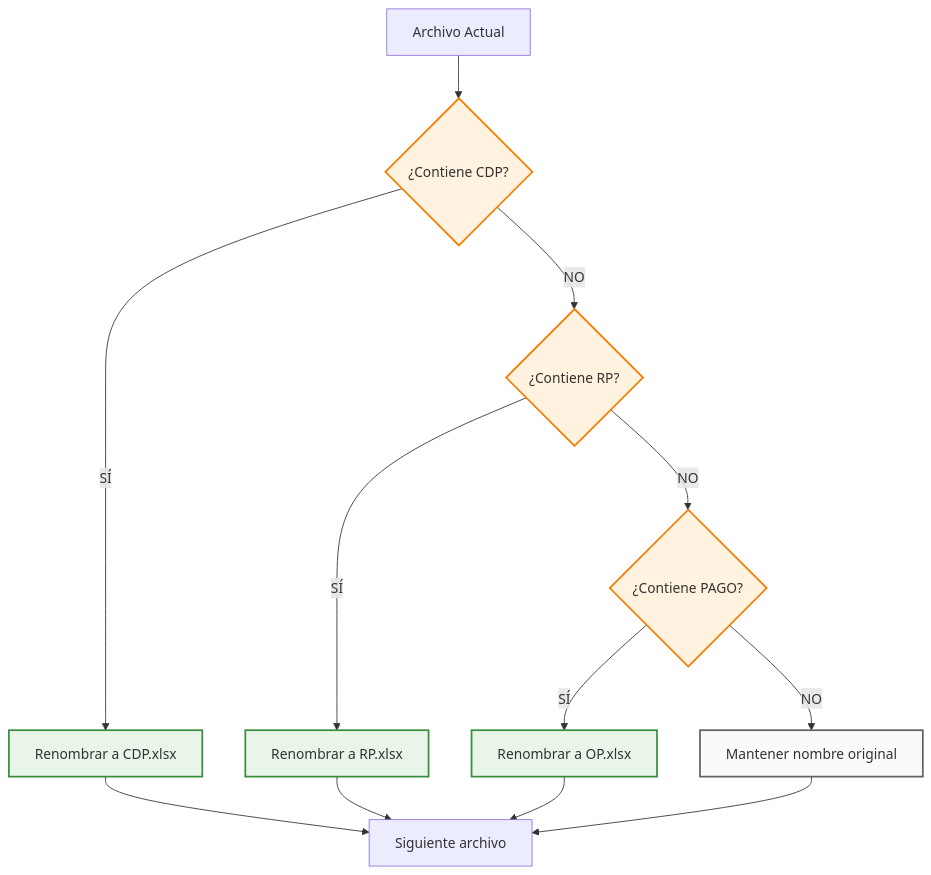
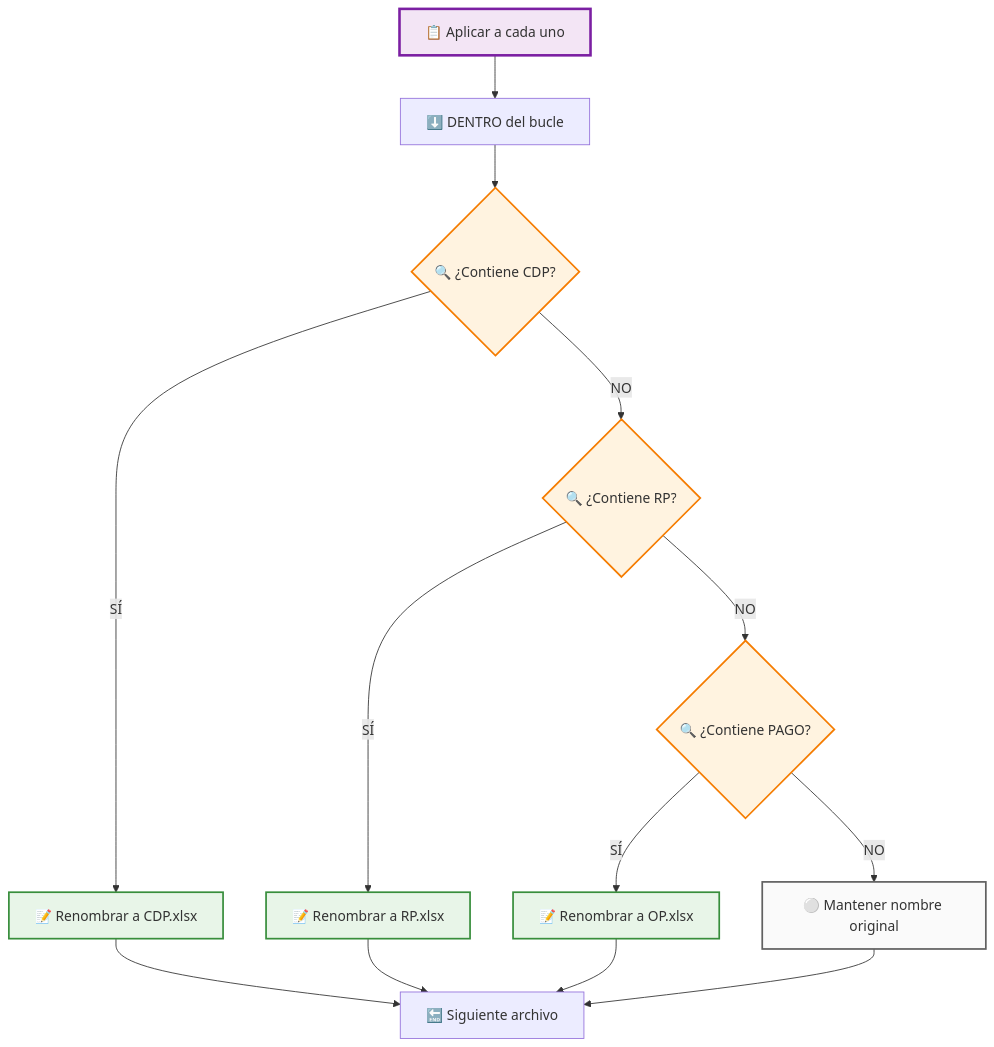
The fifth of 6 diagrams in flujo_presupuesto/diagrama_flujo_power_automate.md (melqui16rv/automatizaciones), drawn with Mermaid before and after one commit. The commit also changed other lines of this file, not shown here.

Commit message:
explicación flujo presupuesto - validación y cambio de nombre de los archivos -8

````diff
--- a/flujo_presupuesto/diagrama_flujo_power_automate.md
+++ b/flujo_presupuesto/diagrama_flujo_power_automate.md
@@ -138,23 +140,26 @@
 ```mermaid
 graph TD
-    A[Archivo Actual] --> B{¿Contiene CDP?}
-    B -->|SÍ| C[Renombrar a CDP.xlsx]
-    B -->|NO| D{¿Contiene RP?}
-    D -->|SÍ| E[Renombrar a RP.xlsx]
-    D -->|NO| F{¿Contiene PAGO?}
-    F -->|SÍ| G[Renombrar a OP.xlsx]
-    F -->|NO| H[Mantener nombre original]
+    A[📋 Aplicar a cada uno] --> B[⬇️ DENTRO del bucle]
+    B --> C{🔍 ¿Contiene CDP?}
+    C -->|SÍ| D[📝 Renombrar a CDP.xlsx]
+    C -->|NO| E{🔍 ¿Contiene RP?}
+    E -->|SÍ| F[📝 Renombrar a RP.xlsx]
+    E -->|NO| G{🔍 ¿Contiene PAGO?}
+    G -->|SÍ| H[📝 Renombrar a OP.xlsx]
+    G -->|NO| I[⚪ Mantener nombre original]
     
-    C --> I[Siguiente archivo]
-    E --> I
-    G --> I
-    H --> I
+    D --> J[🔚 Siguiente archivo]
+    F --> J
+    H --> J
+    I --> J
     
+    classDef loop fill:#f3e5f5,stroke:#7b1fa2,stroke-width:3px
     classDef condition fill:#fff3e0,stroke:#f57c00,stroke-width:2px
     classDef action fill:#e8f5e8,stroke:#388e3c,stroke-width:2px
     classDef neutral fill:#fafafa,stroke:#616161,stroke-width:2px
     
-    class B,D,F condition
-    class C,E,G action
-    class H neutral
+    class A loop
+    class C,E,G condition
+    class D,F,H action
+    class I neutral
 ```
````
